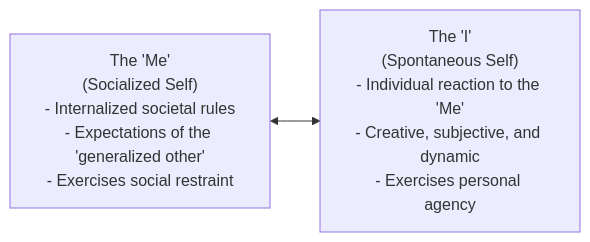
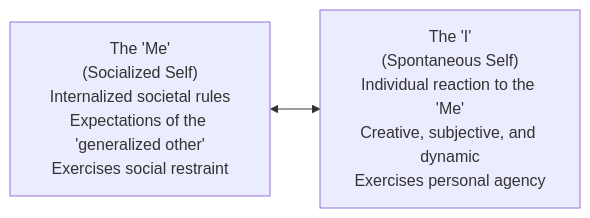
The second of 3 diagrams in content/Year 1/Understanding the Self/3. Sociological on Self.md (aidocmr/learn-bscs), drawn with Mermaid before and after one commit. The commit also changed other lines of this file and 20 other files, not shown here.

First line of the commit message:
fix: Remove markdown lists and numbered prefixes from all Mermaid diagrams

````diff
--- a/content/Year 1/Understanding the Self/3. Sociological on Self.md
+++ b/content/Year 1/Understanding the Self/3. Sociological on Self.md
@@ -50,4 +50,4 @@
 ```mermaid
 graph LR
-    Me["The 'Me'<br/>(Socialized Self)<br/>- Internalized societal rules<br/>- Expectations of the 'generalized other'<br/>- Exercises social restraint"] <--> I["The 'I'<br/>(Spontaneous Self)<br/>- Individual reaction to the 'Me'<br/>- Creative, subjective, and dynamic<br/>- Exercises personal agency"]
+    Me["The 'Me'<br/>(Socialized Self)<br/>Internalized societal rules<br/>Expectations of the 'generalized other'<br/>Exercises social restraint"] <--> I["The 'I'<br/>(Spontaneous Self)<br/>Individual reaction to the 'Me'<br/>Creative, subjective, and dynamic<br/>Exercises personal agency"]
 ```
````
